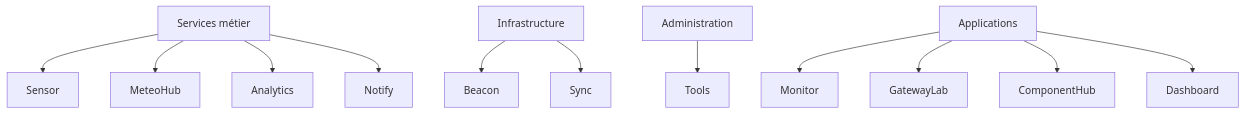
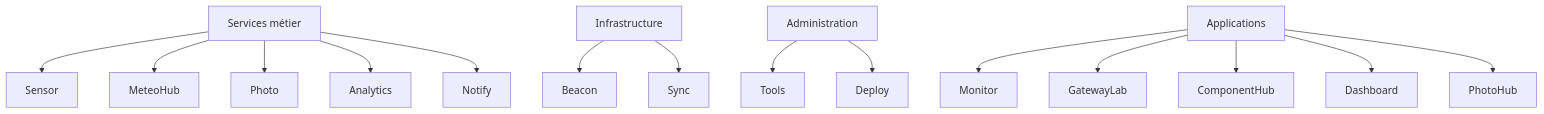
One commit to morfredus/morfSystem changed the diagram in docs/ECOSYSTEM.MD. Above: the diagram before and after it, drawn with Mermaid. The commit also changed other lines of this file and 6 other files, not shown here.

Commit message:
feat: Mise à jour de la version à 1.2.1 et ajout de la documentation pour les nouveaux composants morfPhoto, PhotoHub et morfDeploy

````diff
--- a/docs/ECOSYSTEM.MD
+++ b/docs/ECOSYSTEM.MD
@@ -53,26 +53,29 @@
 ```mermaid
 flowchart TD
 
 A[Services métier]
 
 B[Infrastructure]
 
 C[Administration]
 
 D[Applications]
 
 A --> Sensor
 A --> MeteoHub
+A --> Photo
 A --> Analytics
 A --> Notify
 
 B --> Beacon
 B --> Sync
 
 C --> Tools
+C --> Deploy
 
 D --> Monitor
 D --> GatewayLab
 D --> ComponentHub
 D --> Dashboard
+D --> PhotoHub
 ```
````
